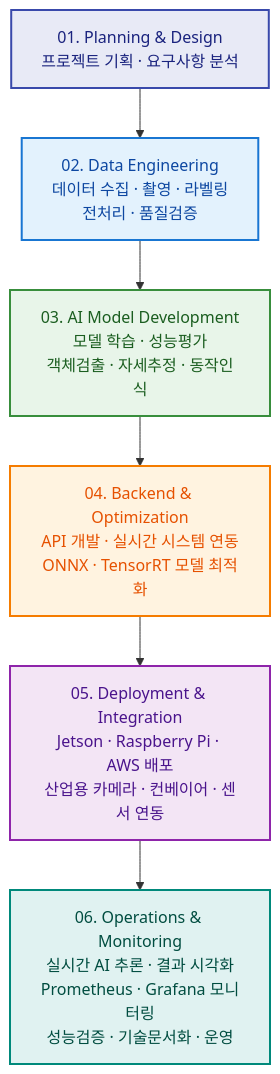
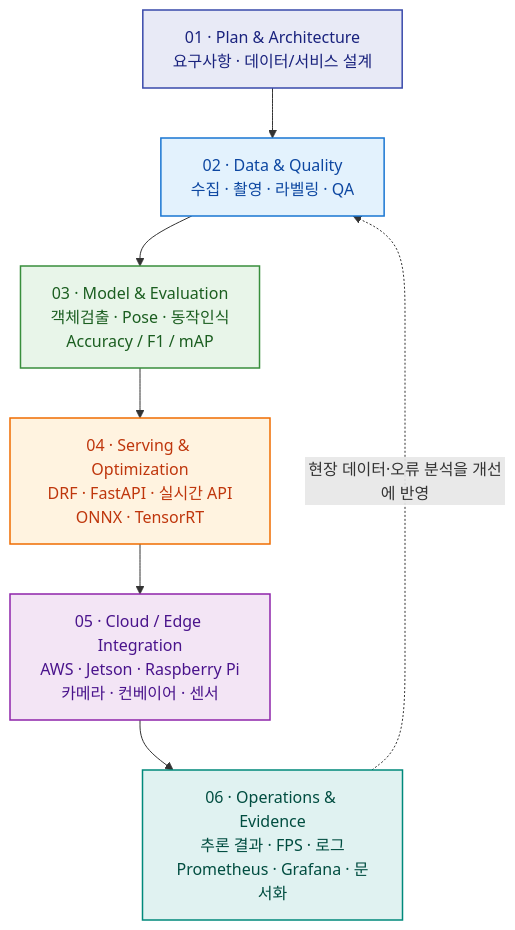
Before and after one commit to handgonpo/handgonpo: the diagram in README.md, drawn with Mermaid. The commit also changed other lines of this file, not shown here.

````diff
--- a/README.md
+++ b/README.md
@@ -90,25 +61,25 @@
 ```mermaid
 flowchart TB
-    A["01. Planning & Design<br/>프로젝트 기획 · 요구사항 분석"]
-    B["02. Data Engineering<br/>데이터 수집 · 촬영 · 라벨링<br/>전처리 · 품질검증"]
-    C["03. AI Model Development<br/>모델 학습 · 성능평가<br/>객체검출 · 자세추정 · 동작인식"]
-    D["04. Backend & Optimization<br/>API 개발 · 실시간 시스템 연동<br/>ONNX · TensorRT 모델 최적화"]
-    E["05. Deployment & Integration<br/>Jetson · Raspberry Pi · AWS 배포<br/>산업용 카메라 · 컨베이어 · 센서 연동"]
-    F["06. Operations & Monitoring<br/>실시간 AI 추론 · 결과 시각화<br/>Prometheus · Grafana 모니터링<br/>성능검증 · 기술문서화 · 운영"]
+    A["01 · Plan & Architecture<br/>요구사항 · 데이터/서비스 설계"]
+    B["02 · Data & Quality<br/>수집 · 촬영 · 라벨링 · QA"]
+    C["03 · Model & Evaluation<br/>객체검출 · Pose · 동작인식<br/>Accuracy / F1 / mAP"]
+    D["04 · Serving & Optimization<br/>DRF · FastAPI · 실시간 API<br/>ONNX · TensorRT"]
+    E["05 · Cloud / Edge Integration<br/>AWS · Jetson · Raspberry Pi<br/>카메라 · 컨베이어 · 센서"]
+    F["06 · Operations & Evidence<br/>추론 결과 · FPS · 로그<br/>Prometheus · Grafana · 문서화"]
 
     A --> B --> C --> D --> E --> F
+    F -. "현장 데이터·오류 분석을 개선에 반영" .-> B
 
-    classDef planning fill:#E8EAF6,stroke:#3949AB,color:#1A237E,stroke-width:2px
-    classDef data fill:#E3F2FD,stroke:#1976D2,color:#0D47A1,stroke-width:2px
-    classDef ai fill:#E8F5E9,stroke:#388E3C,color:#1B5E20,stroke-width:2px
-    classDef backend fill:#FFF3E0,stroke:#F57C00,color:#E65100,stroke-width:2px
-    classDef deploy fill:#F3E5F5,stroke:#8E24AA,color:#4A148C,stroke-width:2px
-    classDef operate fill:#E0F2F1,stroke:#00897B,color:#004D40,stroke-width:2px
-
-    class A planning
+    classDef plan fill:#E8EAF6,stroke:#3949AB,color:#1A237E,stroke-width:1.5px
+    classDef data fill:#E3F2FD,stroke:#1976D2,color:#0D47A1,stroke-width:1.5px
+    classDef model fill:#E8F5E9,stroke:#388E3C,color:#1B5E20,stroke-width:1.5px
+    classDef serving fill:#FFF3E0,stroke:#EF6C00,color:#BF360C,stroke-width:1.5px
+    classDef edge fill:#F3E5F5,stroke:#8E24AA,color:#4A148C,stroke-width:1.5px
+    classDef ops fill:#E0F2F1,stroke:#00897B,color:#004D40,stroke-width:1.5px
+    class A plan
     class B data
-    class C ai
-    class D backend
-    class E deploy
-    class F operate
+    class C model
+    class D serving
+    class E edge
+    class F ops
 ```
````
